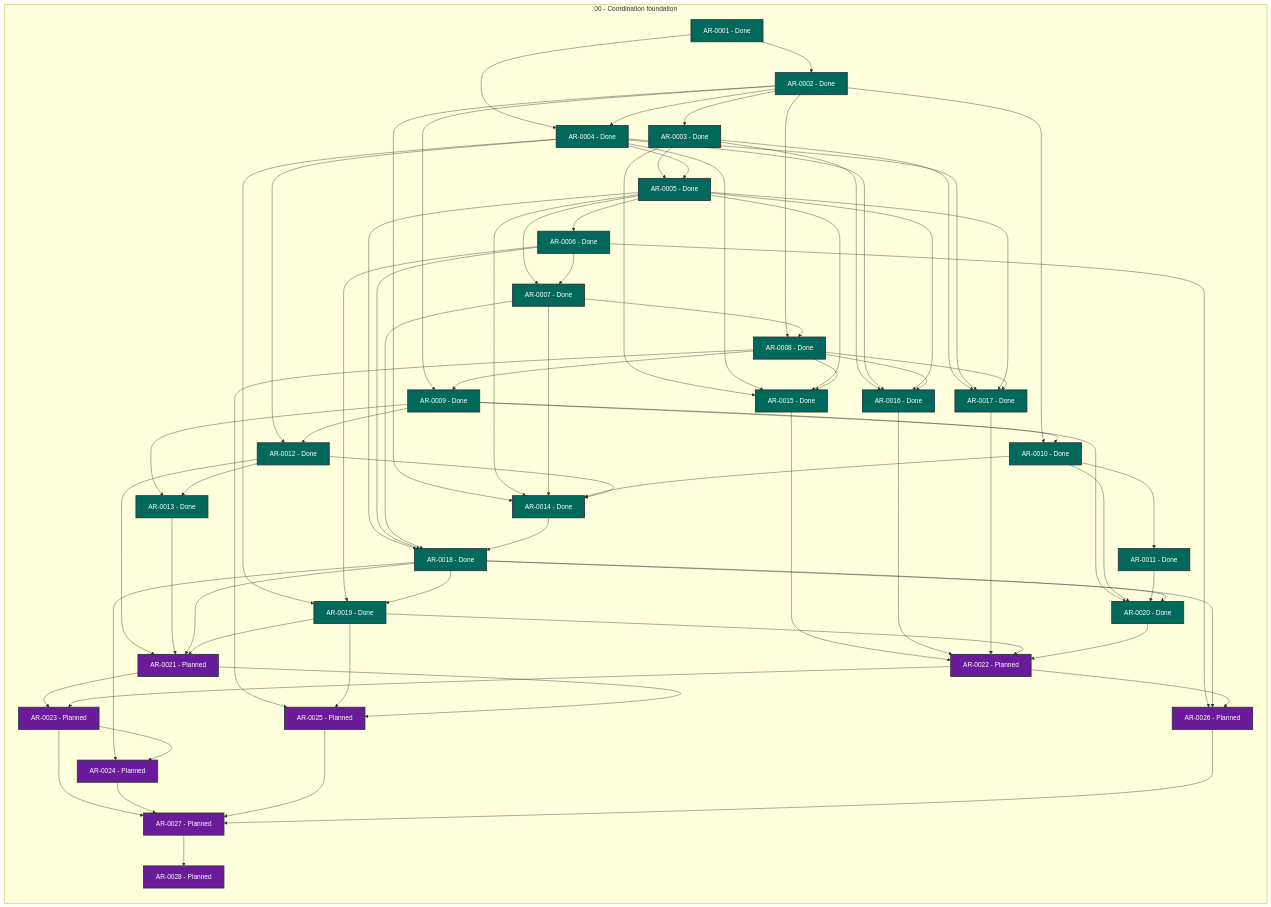
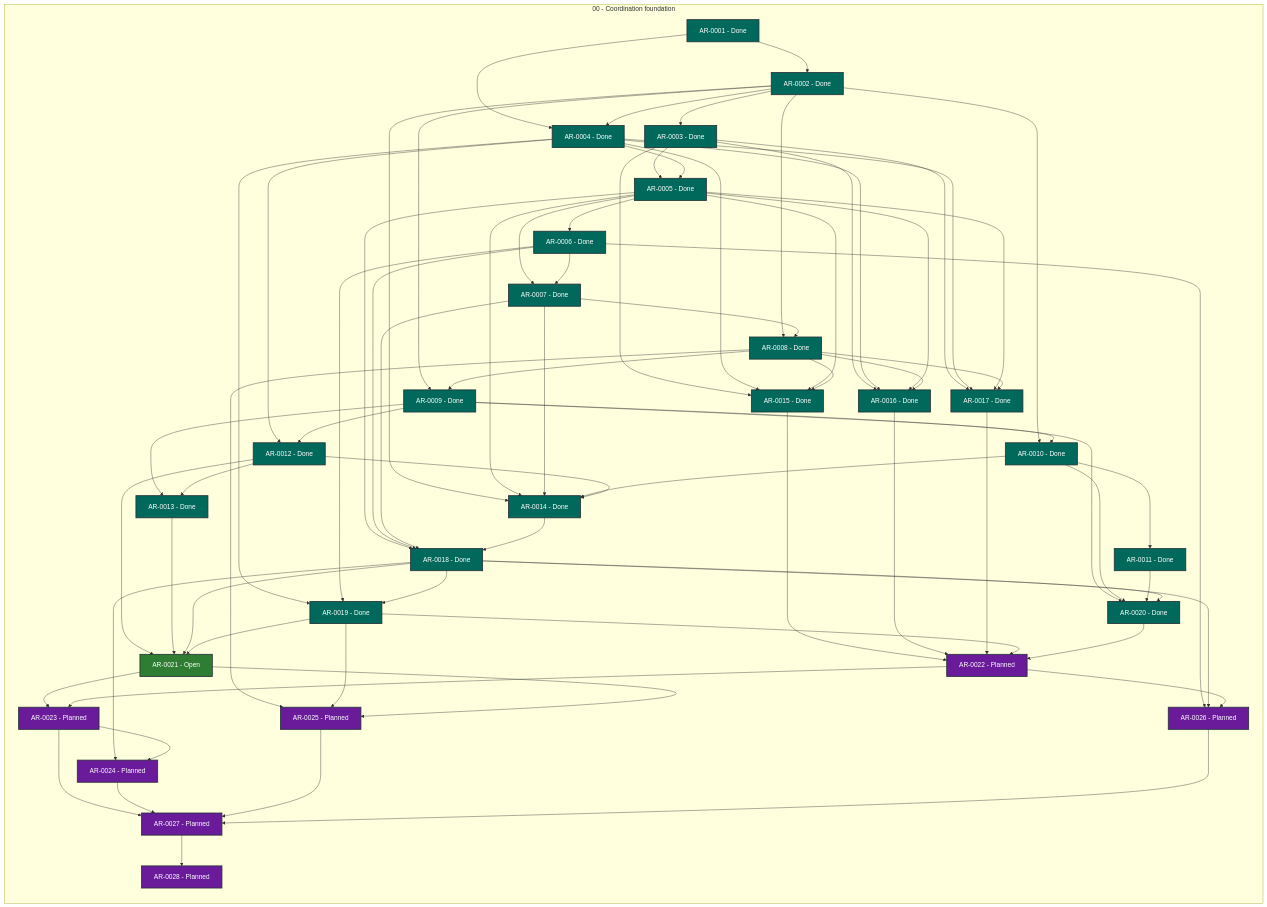
One commit to martin-beck/agent-workflow-runtime-state changed the diagram in STATUS.md. Above: the diagram before and after it, drawn with Mermaid. The commit also changed other lines of this file and 2 other files, not shown here.

```diff
--- a/STATUS.md
+++ b/STATUS.md
@@ -48,7 +48,7 @@
         AR_0018["AR-0018 - Done"]:::status_done
         AR_0019["AR-0019 - Done"]:::status_done
         AR_0020["AR-0020 - Done"]:::status_done
-        AR_0021["AR-0021 - Planned"]:::status_planned
+        AR_0021["AR-0021 - Open"]:::status_open
         AR_0022["AR-0022 - Planned"]:::status_planned
         AR_0023["AR-0023 - Planned"]:::status_planned
         AR_0024["AR-0024 - Planned"]:::status_planned
```
